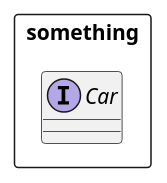
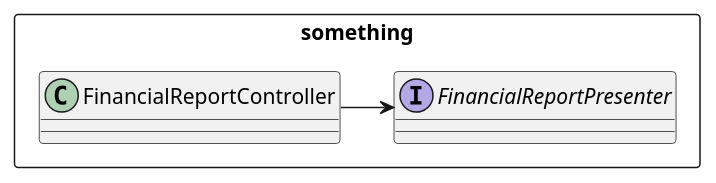
One commit to huland/logseq-notes changed the third of 3 diagrams in pages/Robert C. Martin - Clean Architecture A Craftsman's Guide to Software Structure and Design.md. Above: the diagram before and after it, drawn with PlantUML.

Commit message:
[logseq-plugin-git:commit] 2023-08-10T23:05:20.947Z

```diff
--- a/pages/Robert C. Martin - Clean Architecture A Craftsman's Guide to Software Structure and Design.md
+++ b/pages/Robert C. Martin - Clean Architecture A Craftsman's Guide to Software Structure and Design.md
@@ -204,7 +204,9 @@
 				  @startuml
 				  rectangle something {
-				    interface Car
+				    class FinancialReportController 
+				    interface FinancialReportPresenter
 				  }
 				  
 				  
+				  FinancialReportController -> FinancialReportPresenter
 				  @enduml
```
